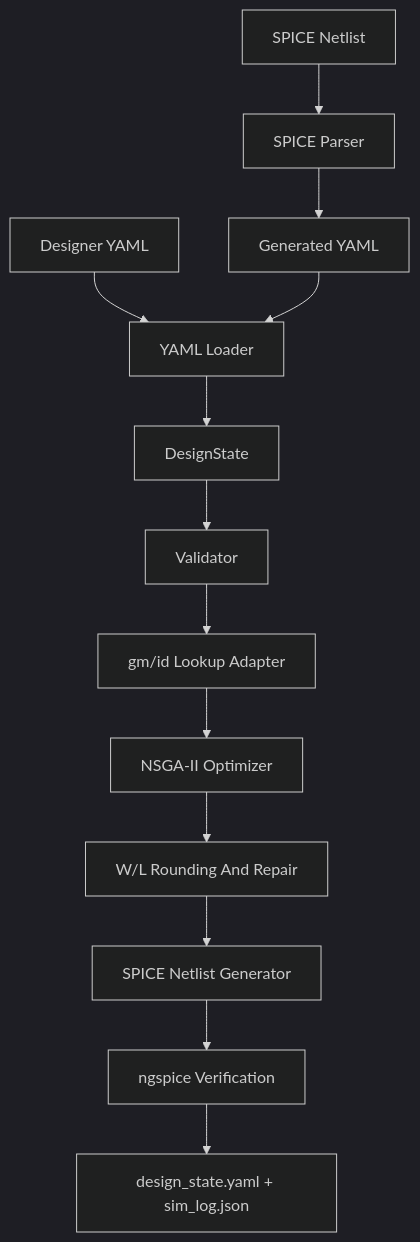
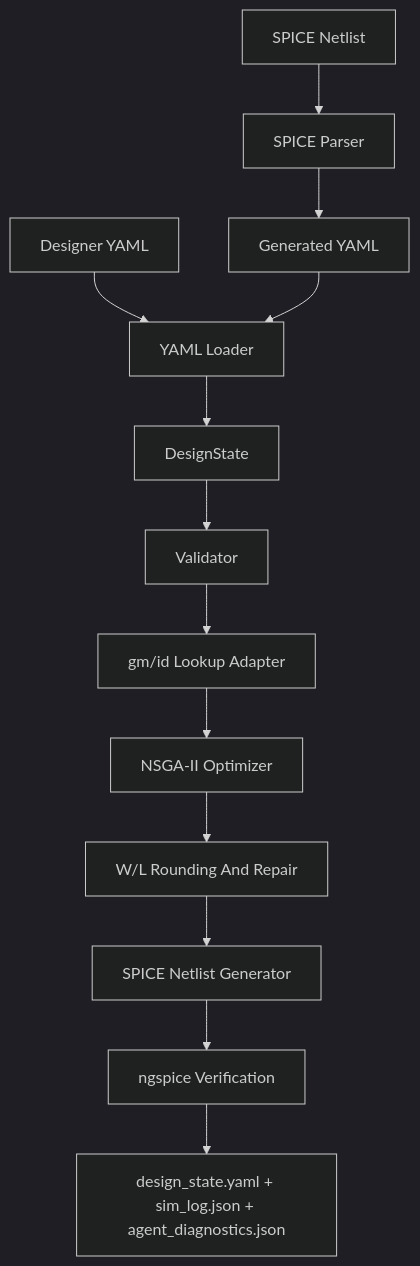
The diagram in docs/yaml_spice_frontend_method.md (Yixin-Gong/AnalogRF-IR), drawn with Mermaid (dark theme) before and after one commit. The commit also changed other lines of this file and 2 other files, not shown here.

Commit message:
Replace history log with agent diagnostics

````diff
--- a/docs/yaml_spice_frontend_method.md
+++ b/docs/yaml_spice_frontend_method.md
@@ -61,15 +65,15 @@
 ```mermaid
 flowchart TD
     A["Designer YAML"] --> C["YAML Loader"]
     B["SPICE Netlist"] --> P["SPICE Parser"]
     P --> Y["Generated YAML"]
     Y --> C
     C --> D["DesignState"]
     D --> E["Validator"]
     E --> F["gm/id Lookup Adapter"]
     F --> G["NSGA-II Optimizer"]
     G --> H["W/L Rounding And Repair"]
     H --> I["SPICE Netlist Generator"]
     I --> J["ngspice Verification"]
-    J --> K["design_state.yaml + sim_log.json"]
+    J --> K["design_state.yaml + sim_log.json + agent_diagnostics.json"]
 ```
````
